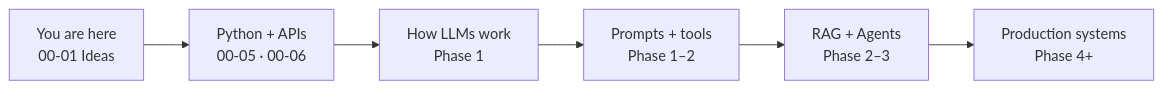
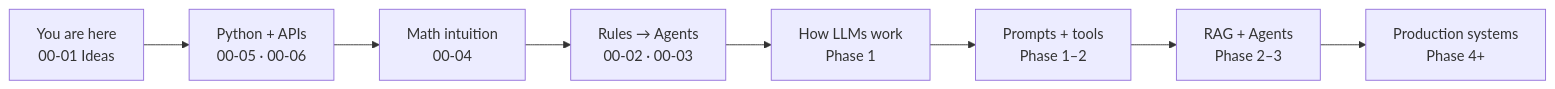
The first of 6 diagrams in Modules/00-Foundations/00-01-AI-Engineering-Mindset.md (rcrahul43/GenAI-Masterclass), drawn with Mermaid before and after one commit. The commit also changed other lines of this file and 22 other files, not shown here.

````diff
--- a/Modules/00-Foundations/00-01-AI-Engineering-Mindset.md
+++ b/Modules/00-Foundations/00-01-AI-Engineering-Mindset.md
@@ -43,8 +45,10 @@
 ```mermaid
 flowchart LR
     A[You are here<br/>00-01 Ideas] --> B[Python + APIs<br/>00-05 · 00-06]
-    B --> C[How LLMs work<br/>Phase 1]
+    B --> M[Math intuition<br/>00-04]
+    M --> R[Rules → Agents<br/>00-02 · 00-03]
+    R --> C[How LLMs work<br/>Phase 1]
     C --> D[Prompts + tools<br/>Phase 1–2]
     D --> E[RAG + Agents<br/>Phase 2–3]
     E --> F[Production systems<br/>Phase 4+]
 ```
````
